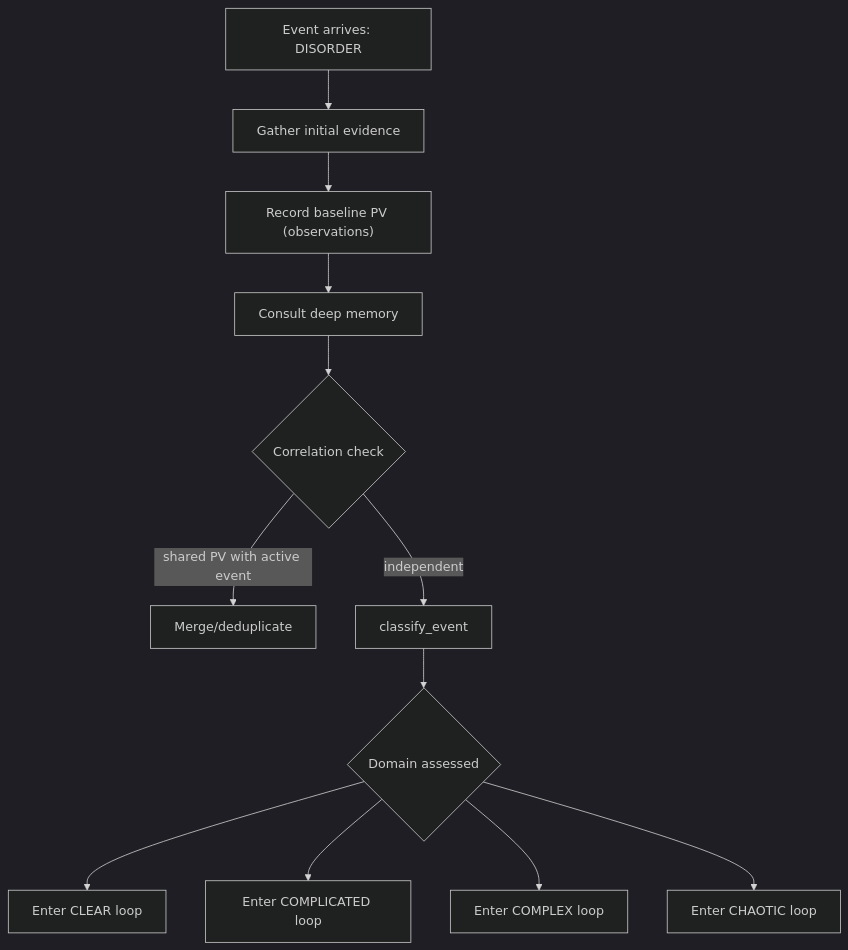
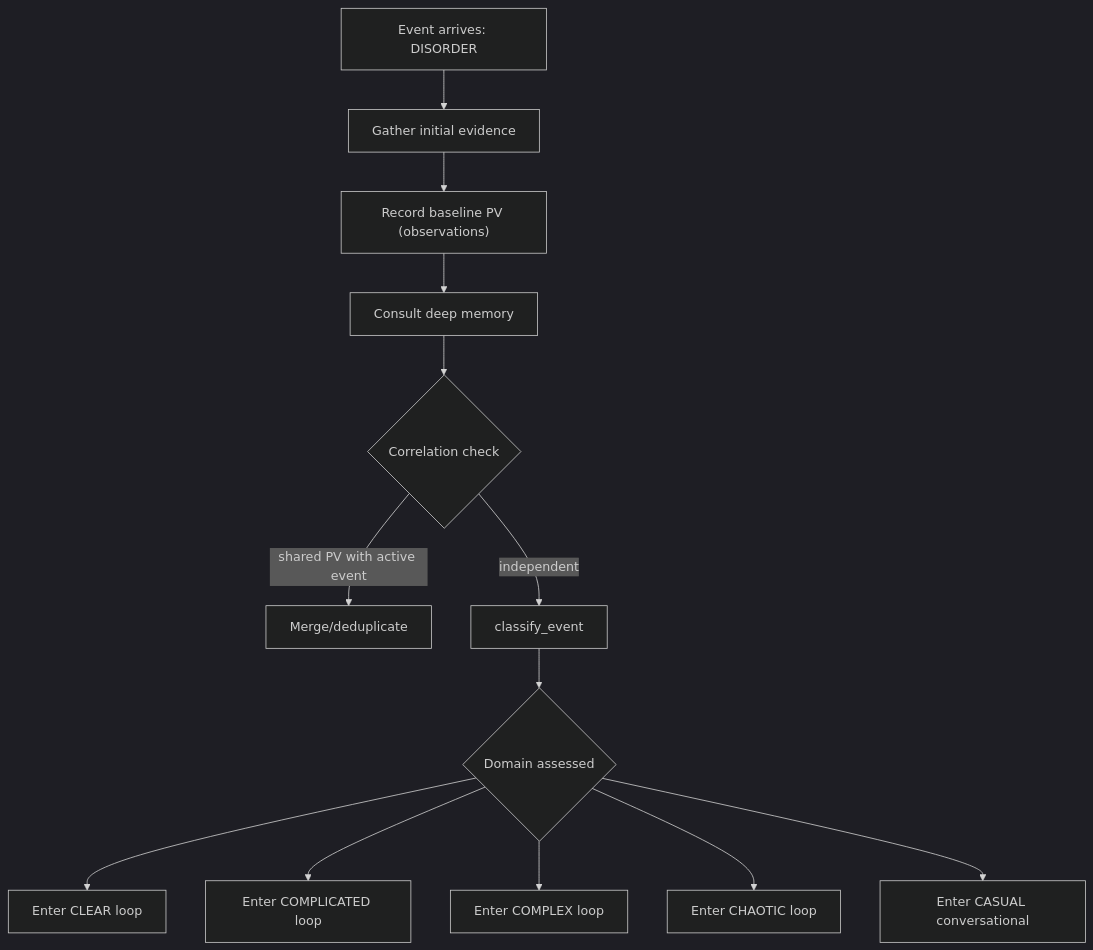
Before and after one commit to The-Darwin-Project/Blackboard: the first of 2 diagrams in src/agents/brain_skills/always/03-control-theory.md, drawn with Mermaid (dark theme). The commit also changed other lines of this file and 17 other files, not shown here.

First line of the commit message:
feat: add CASUAL Cynefin domain for non-problem chat/slack interactions

````diff
--- a/src/agents/brain_skills/always/03-control-theory.md
+++ b/src/agents/brain_skills/always/03-control-theory.md
@@ -14,14 +14,15 @@
 ```mermaid
 graph TD
     Arrive["Event arrives: DISORDER"] --> Evidence["Gather initial evidence"]
     Evidence --> Baseline["Record baseline PV (observations)"]
     Baseline --> DeepMem["Consult deep memory"]
     DeepMem --> Correlate{"Correlation check"}
     Correlate -->|"shared PV with active event"| Merge["Merge/deduplicate"]
     Correlate -->|"independent"| Classify["classify_event"]
     Classify --> DomainGate{"Domain assessed"}
     DomainGate --> ClearLoop["Enter CLEAR loop"]
     DomainGate --> ComplicatedLoop["Enter COMPLICATED loop"]
     DomainGate --> ComplexLoop["Enter COMPLEX loop"]
     DomainGate --> ChaoticLoop["Enter CHAOTIC loop"]
+    DomainGate --> CasualLoop["Enter CASUAL conversational"]
 ```
````
